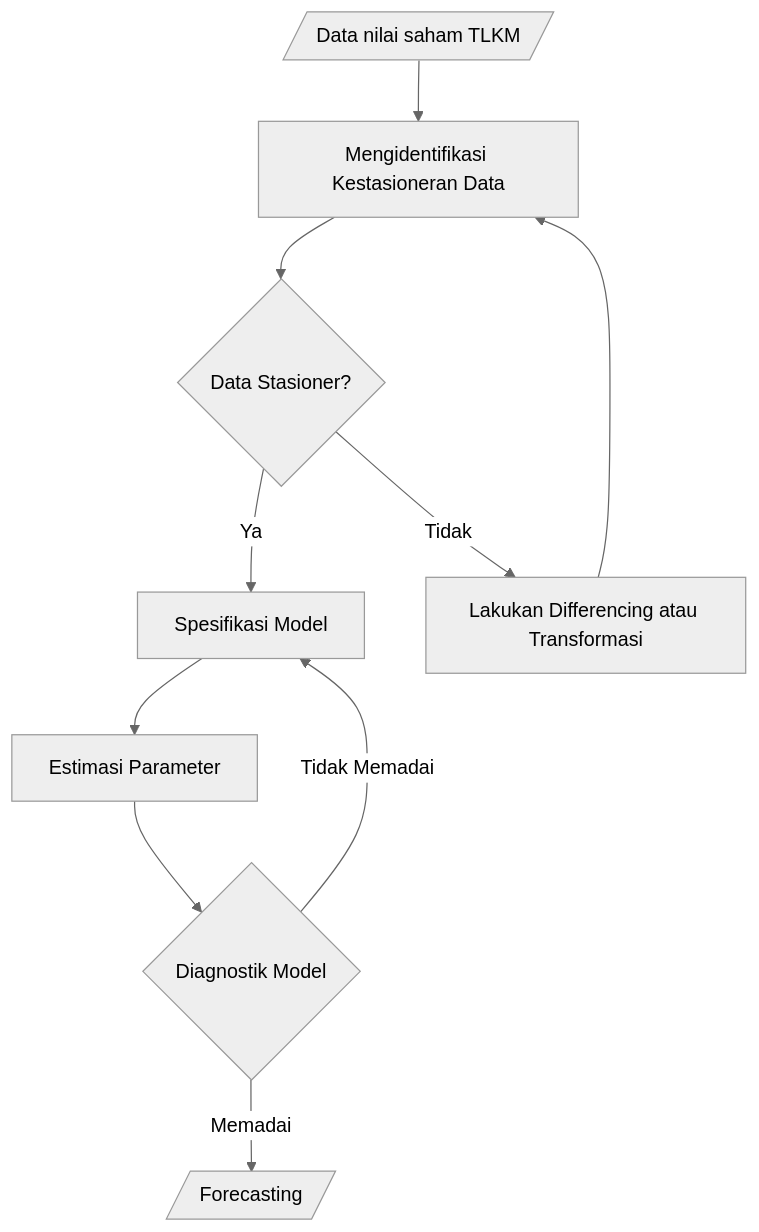
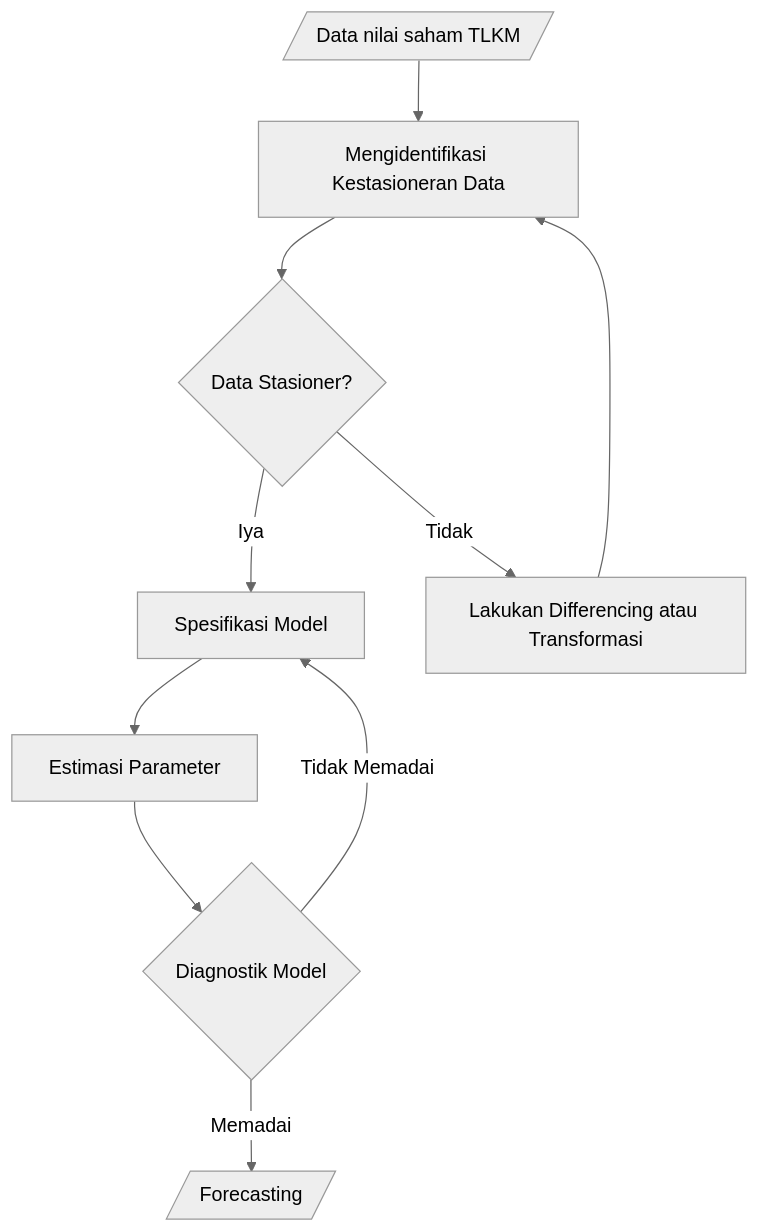
One commit to kmyafi/Time-Series-Analysis-Project changed the diagram in README.md. Above: the diagram before and after it, drawn with Mermaid (neutral theme). The commit also changed other lines of this file, not shown here.

````diff
--- a/README.md
+++ b/README.md
@@ -44,12 +37,12 @@
 ```mermaid
 flowchart TD;
     A[/ Data nilai saham TLKM/] --> B[Mengidentifikasi Kestasioneran Data]
     B --> C{Data Stasioner?}
-    C -->|Ya| D[Spesifikasi Model]
+    C -->|Iya| D[Spesifikasi Model]
     C -->|Tidak| E[Lakukan Differencing atau Transformasi]
     E --> B
     D --> F[Estimasi Parameter]
     F --> G{Diagnostik Model}
     G --> |Memadai| H[/Forecasting/]
     G --> |Tidak Memadai| D
 ```
````
